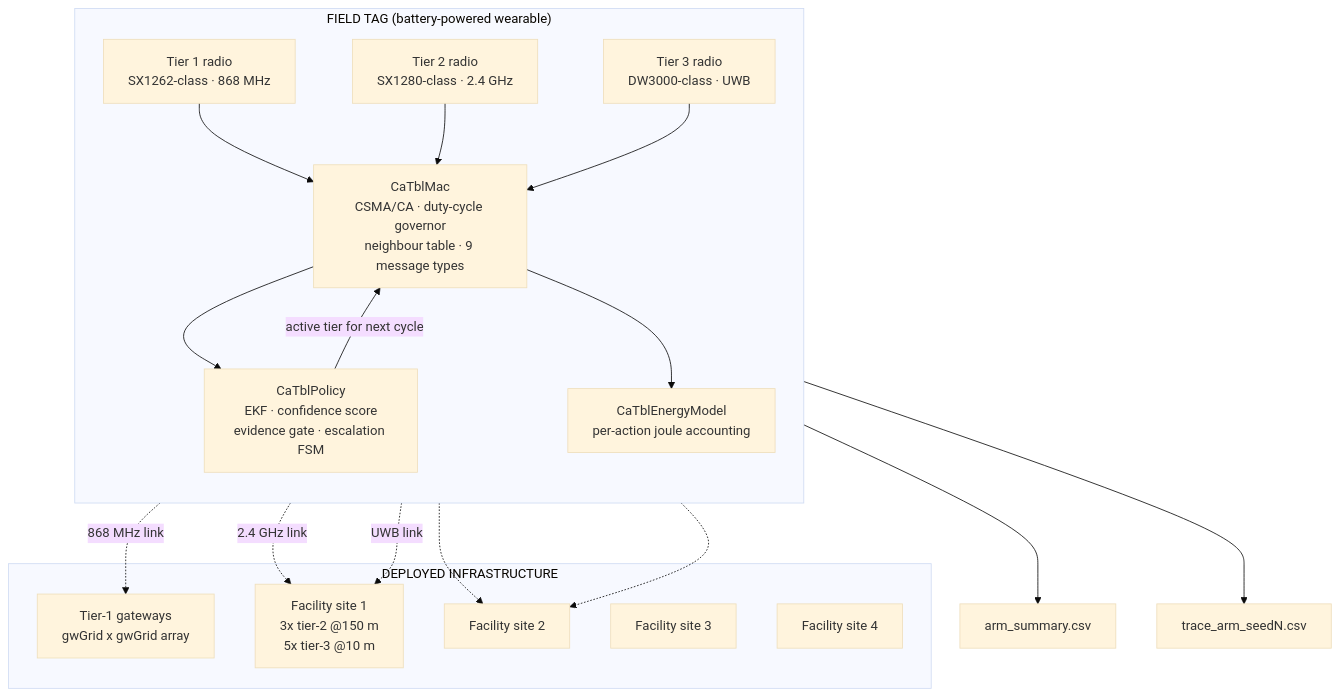
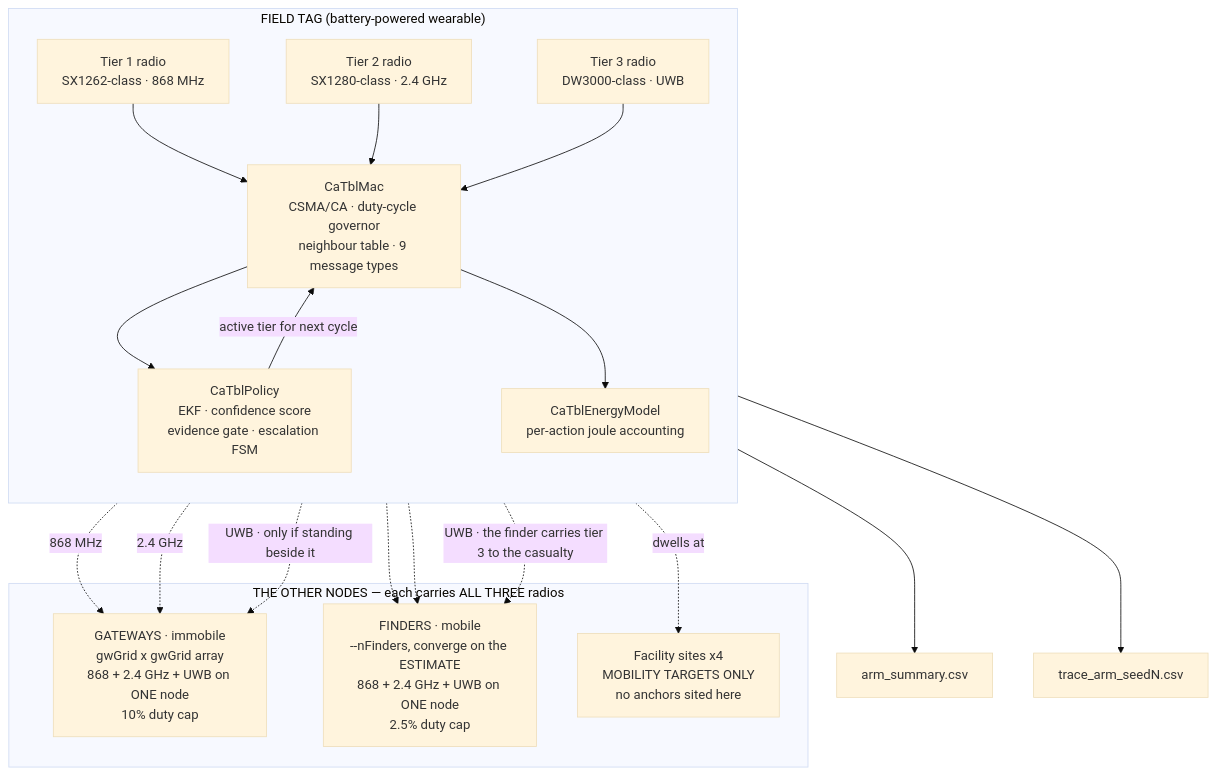
Before and after one commit to YKushal-hub/ca-tbl-localization: the first of 5 diagrams in Architecture.md, drawn with Mermaid (base theme). The commit also changed other lines of this file and 2 other files, not shown here.

````diff
--- a/Architecture.md
+++ b/Architecture.md
@@ -84,33 +84,33 @@
 ```mermaid
 flowchart TB
     subgraph TAG["FIELD TAG (battery-powered wearable)"]
         direction TB
         R1["Tier 1 radio<br/>SX1262-class · 868 MHz"]
         R2["Tier 2 radio<br/>SX1280-class · 2.4 GHz"]
         R3["Tier 3 radio<br/>DW3000-class · UWB"]
         MAC["CaTblMac<br/>CSMA/CA · duty-cycle governor<br/>neighbour table · 9 message types"]
         POL["CaTblPolicy<br/>EKF · confidence score<br/>evidence gate · escalation FSM"]
         NRG["CaTblEnergyModel<br/>per-action joule accounting"]
         R1 & R2 & R3 --> MAC
         MAC --> POL
         MAC --> NRG
         POL -->|"active tier for next cycle"| MAC
     end
 
-    subgraph INF["DEPLOYED INFRASTRUCTURE"]
-        GW["Tier-1 gateways<br/>gwGrid x gwGrid array"]
-        F1["Facility site 1<br/>3x tier-2 @150 m<br/>5x tier-3 @10 m"]
-        F2["Facility site 2"]
-        F3["Facility site 3"]
-        F4["Facility site 4"]
+    subgraph INF["THE OTHER NODES — each carries ALL THREE radios"]
+        GW["GATEWAYS · immobile<br/>gwGrid x gwGrid array<br/>868 + 2.4 GHz + UWB on ONE node<br/>10% duty cap"]
+        FD["FINDERS · mobile<br/>--nFinders, converge on the ESTIMATE<br/>868 + 2.4 GHz + UWB on ONE node<br/>2.5% duty cap"]
+        FAC["Facility sites x4<br/>MOBILITY TARGETS ONLY<br/>no anchors sited here"]
     end
 
-    R1 -.->|"868 MHz link"| GW
-    R2 -.->|"2.4 GHz link"| F1
-    R3 -.->|"UWB link"| F1
-    R2 -.-> F2
-    R3 -.-> F2
+    R1 -.->|"868 MHz"| GW
+    R2 -.->|"2.4 GHz"| GW
+    R3 -.->|"UWB · only if standing beside it"| GW
+    R1 -.-> FD
+    R2 -.-> FD
+    R3 -.->|"UWB · the finder carries tier 3 to the casualty"| FD
+    POL -.->|"dwells at"| FAC
 
     NRG --> OUT["arm_summary.csv"]
     POL --> TR["trace_arm_seedN.csv"]
 ```
````
